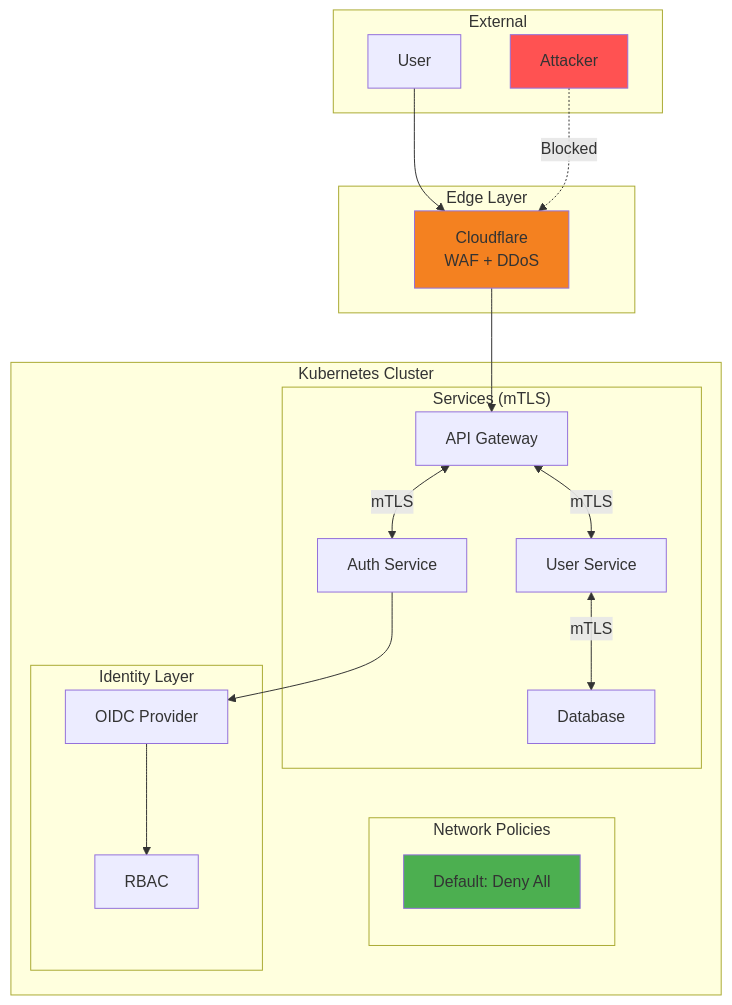
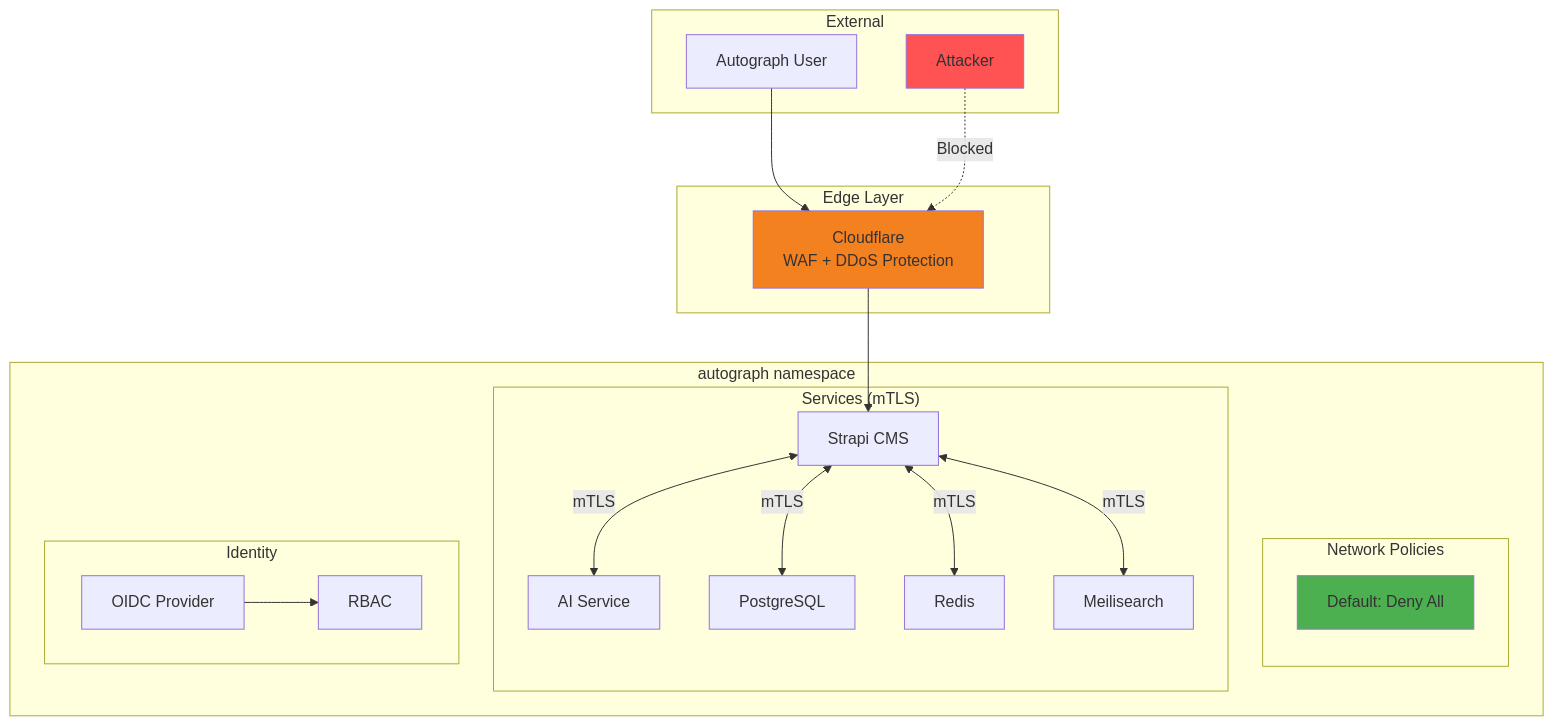
The second of 8 diagrams in DevOps/03-Platform/03-Security.md (PearlThoughtsInternship/Internship-Obsidian-Vault), drawn with Mermaid before and after one commit. The commit also changed other lines of this file and 1 other file, not shown here.

First line of the commit message:
rebrand: Product Vision + Security with Autograph context

````diff
--- a/DevOps/03-Platform/03-Security.md
+++ b/DevOps/03-Platform/03-Security.md
@@ -14,43 +56,44 @@
 ```mermaid
 flowchart TB
     subgraph External["External"]
-        User["User"]
+        User["Autograph User"]
         Attacker["Attacker"]
     end
 
     subgraph Edge["Edge Layer"]
-        CF["Cloudflare<br/>WAF + DDoS"]
+        CF["Cloudflare\nWAF + DDoS Protection"]
     end
 
-    subgraph Cluster["Kubernetes Cluster"]
+    subgraph Cluster["autograph namespace"]
         subgraph Network["Network Policies"]
             direction TB
             NP["Default: Deny All"]
         end
 
         subgraph Services["Services (mTLS)"]
-            API["API Gateway"]
-            Auth["Auth Service"]
-            User2["User Service"]
-            DB["Database"]
+            Strapi["Strapi CMS"]
+            AI["AI Service"]
+            PG["PostgreSQL"]
+            Redis["Redis"]
+            Meili["Meilisearch"]
         end
 
-        subgraph Identity["Identity Layer"]
+        subgraph Identity["Identity"]
             OIDC["OIDC Provider"]
             RBAC["RBAC"]
         end
     end
 
     User --> CF
     Attacker -.->|"Blocked"| CF
-    CF --> API
-    API <-->|"mTLS"| Auth
-    API <-->|"mTLS"| User2
-    User2 <-->|"mTLS"| DB
-    Auth --> OIDC
+    CF --> Strapi
+    Strapi <-->|"mTLS"| AI
+    Strapi <-->|"mTLS"| PG
+    Strapi <-->|"mTLS"| Redis
+    Strapi <-->|"mTLS"| Meili
     OIDC --> RBAC
 
     style Attacker fill:#FF5252
     style NP fill:#4CAF50
     style CF fill:#F48120
 ```
````
